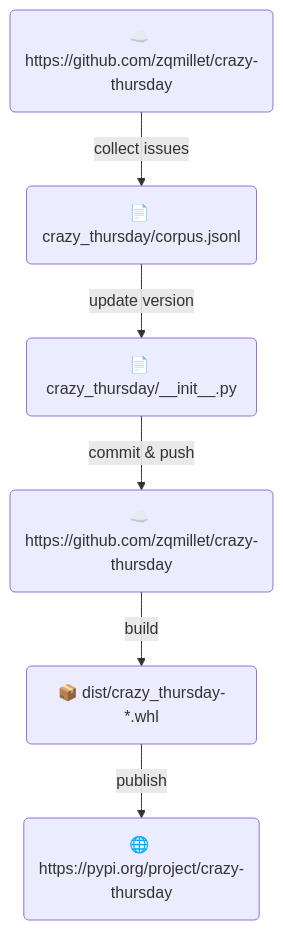
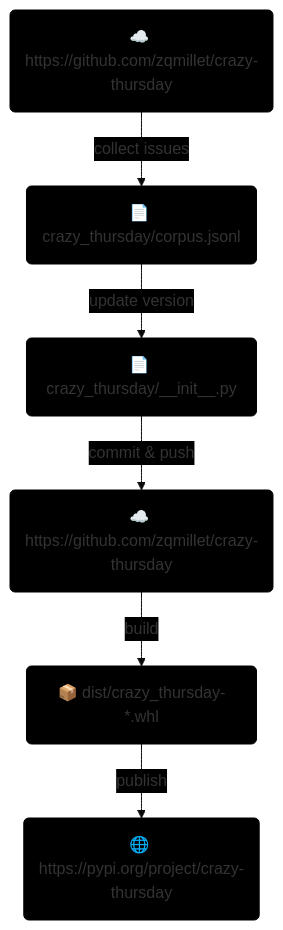
One commit to zqmillet/crazy-thursday changed the diagram in README.md. Above: the diagram before and after it, drawn with Mermaid.

Commit message:
[Debug] debug.

````diff
--- a/README.md
+++ b/README.md
@@ -36,9 +36,10 @@
 ```mermaid
-%%{init: {'theme':'base' 'themeVariables': { 'primaryColor': '#000000'}}}%%
+%%{init: {'theme': 'base', 'themeVariables': { 'primaryColor': '#000000'}}}%%
+
 graph TD
     A("☁️ https://github.com/zqmillet/crazy-thursday") -->|collect issues| B("📄 crazy_thursday/corpus.jsonl")
     B -->|update version| C("📄 crazy_thursday/__init__.py") 
     C --> |commit & push| D("☁️ https://github.com/zqmillet/crazy-thursday")
     D --> |build| E("📦 dist/crazy_thursday-*.whl")
     E --> |publish| F("🌐 https://pypi.org/project/crazy-thursday")
 ```
````
